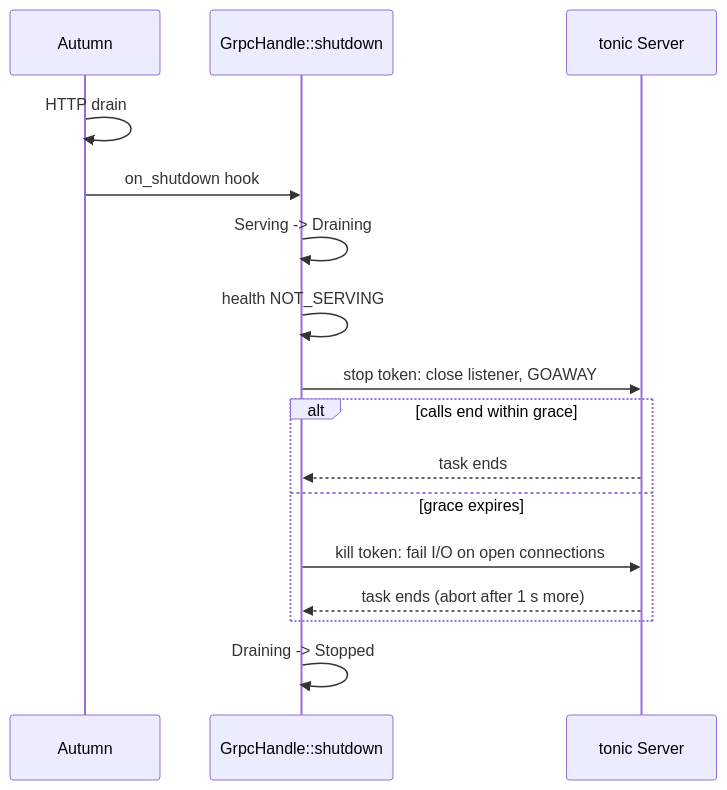
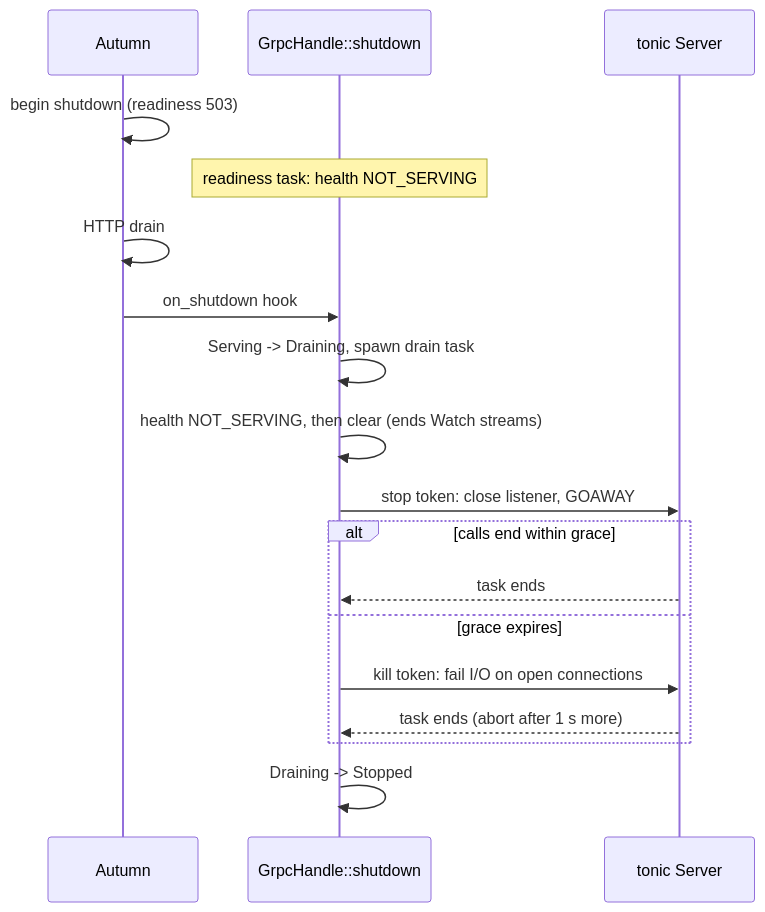
One commit to autumn-foundation/autumn-plugin-grpc changed the third of 3 diagrams in docs/architecture.md. Above: the diagram before and after it, drawn with Mermaid. The commit also changed other lines of this file and 35 other files, not shown here.

````diff
--- a/docs/architecture.md
+++ b/docs/architecture.md
@@ -61,18 +64,20 @@
 ```mermaid
 sequenceDiagram
     participant A as Autumn
     participant G as GrpcHandle::shutdown
     participant S as tonic Server
+    A->>A: begin shutdown (readiness 503)
+    Note over G: readiness task: health NOT_SERVING
     A->>A: HTTP drain
     A->>G: on_shutdown hook
-    G->>G: Serving -> Draining
-    G->>G: health NOT_SERVING
+    G->>G: Serving -> Draining, spawn drain task
+    G->>G: health NOT_SERVING, then clear (ends Watch streams)
     G->>S: stop token: close listener, GOAWAY
     alt calls end within grace
         S-->>G: task ends
     else grace expires
         G->>S: kill token: fail I/O on open connections
         S-->>G: task ends (abort after 1 s more)
     end
     G->>G: Draining -> Stopped
 ```
````
